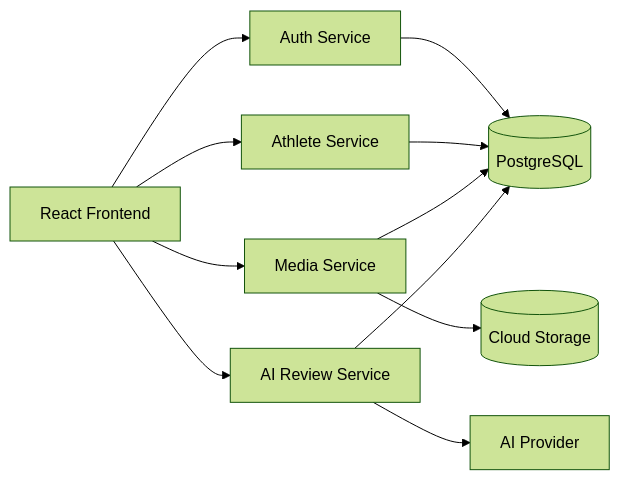
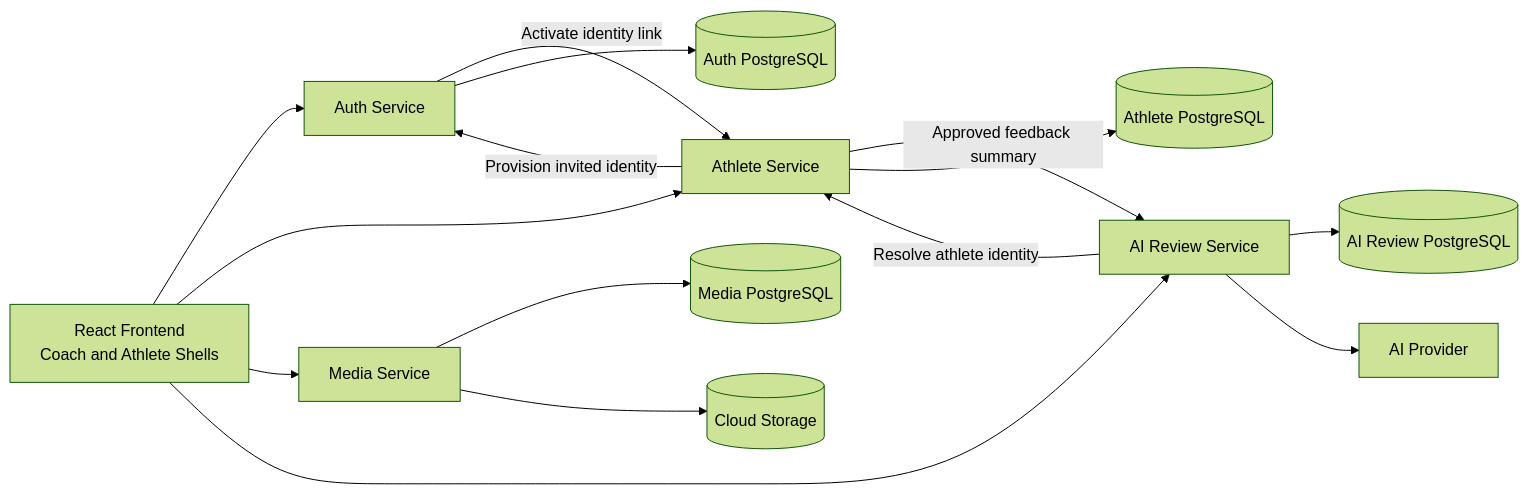
Before and after one commit to Atharva-Waranashiwar-Coding/coachOS_docs: the diagram in diagrams/system-overview.md, drawn with Mermaid (forest theme). The commit also changed other lines of this file and 12 other files, not shown here.

````diff
--- a/diagrams/system-overview.md
+++ b/diagrams/system-overview.md
@@ -5,22 +5,29 @@
 ```mermaid
 flowchart LR
-  Frontend[React Frontend]
+  Frontend[React Frontend<br/>Coach and Athlete Shells]
   Auth[Auth Service]
   Athlete[Athlete Service]
   Media[Media Service]
   AI[AI Review Service]
-  DB[(PostgreSQL)]
+  AuthDB[(Auth PostgreSQL)]
+  AthleteDB[(Athlete PostgreSQL)]
+  MediaDB[(Media PostgreSQL)]
+  AIDB[(AI Review PostgreSQL)]
   Storage[(Cloud Storage)]
   Provider[AI Provider]
 
   Frontend --> Auth
   Frontend --> Athlete
   Frontend --> Media
   Frontend --> AI
-  Auth --> DB
-  Athlete --> DB
-  Media --> DB
-  AI --> DB
+  Athlete -->|Provision invited identity| Auth
+  Auth -->|Activate identity link| Athlete
+  AI -->|Resolve athlete identity| Athlete
+  Athlete -->|Approved feedback summary| AI
+  Auth --> AuthDB
+  Athlete --> AthleteDB
+  Media --> MediaDB
+  AI --> AIDB
   Media --> Storage
   AI --> Provider
 ```
````
